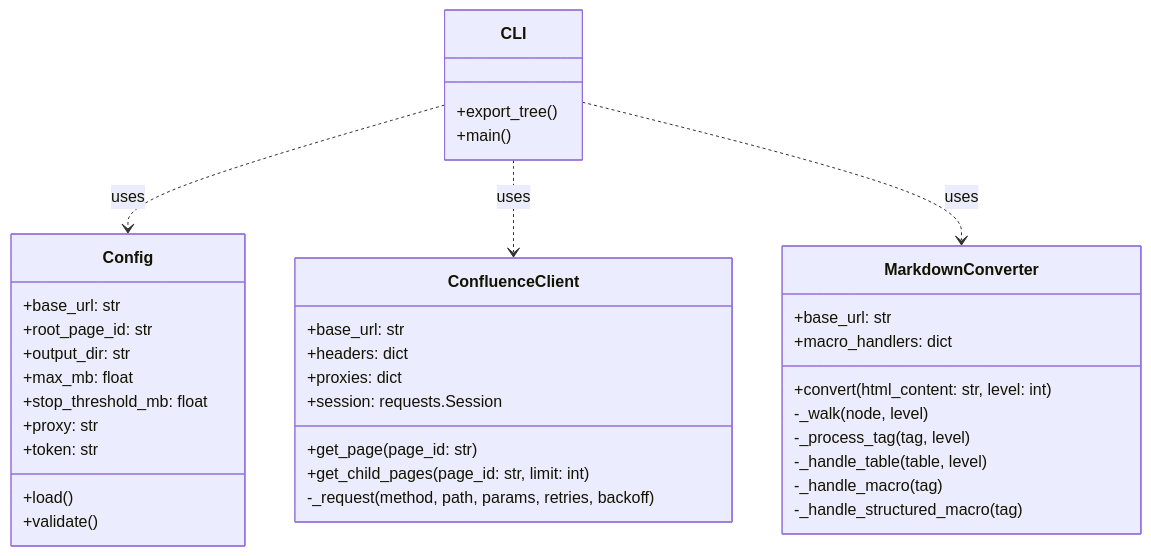
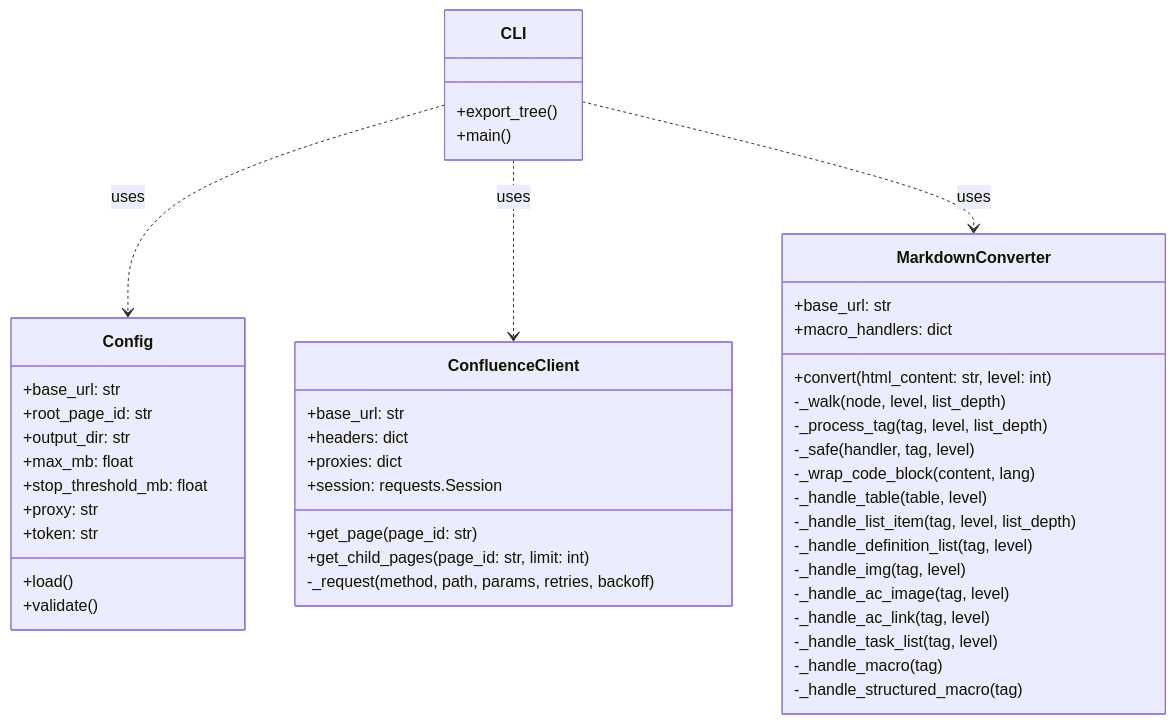
The second of 4 diagrams in README_DEV.md (masanori-satake/C2M-Export), drawn with Mermaid before and after one commit. The commit also changed other lines of this file and 13 other files, not shown here.

````diff
--- a/README_DEV.md
+++ b/README_DEV.md
@@ -42,44 +42,52 @@
 ```mermaid
 classDiagram
     class Config {
         +base_url: str
         +root_page_id: str
         +output_dir: str
         +max_mb: float
         +stop_threshold_mb: float
         +proxy: str
         +token: str
         +load()
         +validate()
     }
 
     class ConfluenceClient {
         +base_url: str
         +headers: dict
         +proxies: dict
         +session: requests.Session
         +get_page(page_id: str)
         +get_child_pages(page_id: str, limit: int)
         -_request(method, path, params, retries, backoff)
     }
 
     class MarkdownConverter {
         +base_url: str
         +macro_handlers: dict
         +convert(html_content: str, level: int)
-        -_walk(node, level)
-        -_process_tag(tag, level)
+        -_walk(node, level, list_depth)
+        -_process_tag(tag, level, list_depth)
+        -_safe(handler, tag, level)
+        -_wrap_code_block(content, lang)
         -_handle_table(table, level)
+        -_handle_list_item(tag, level, list_depth)
+        -_handle_definition_list(tag, level)
+        -_handle_img(tag, level)
+        -_handle_ac_image(tag, level)
+        -_handle_ac_link(tag, level)
+        -_handle_task_list(tag, level)
         -_handle_macro(tag)
         -_handle_structured_macro(tag)
     }
 
     class CLI {
         +export_tree()
         +main()
     }
 
     CLI ..> Config : uses
     CLI ..> ConfluenceClient : uses
     CLI ..> MarkdownConverter : uses
 ```
````
